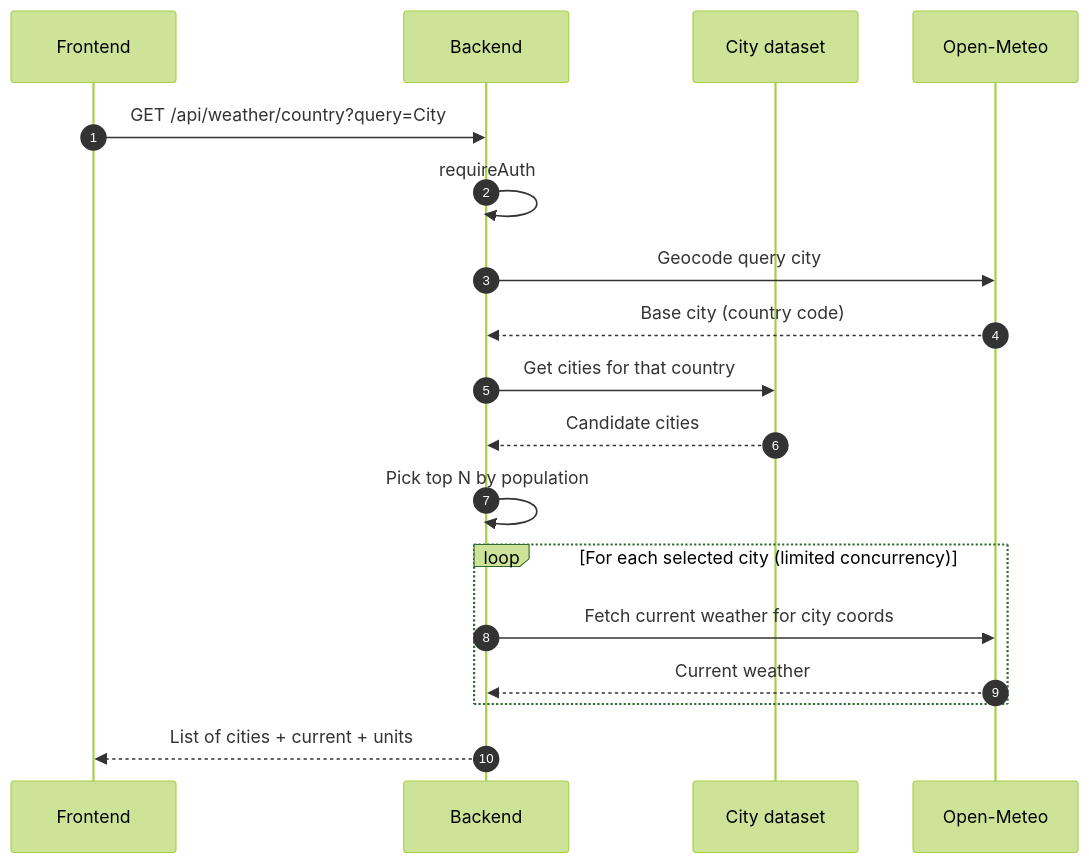
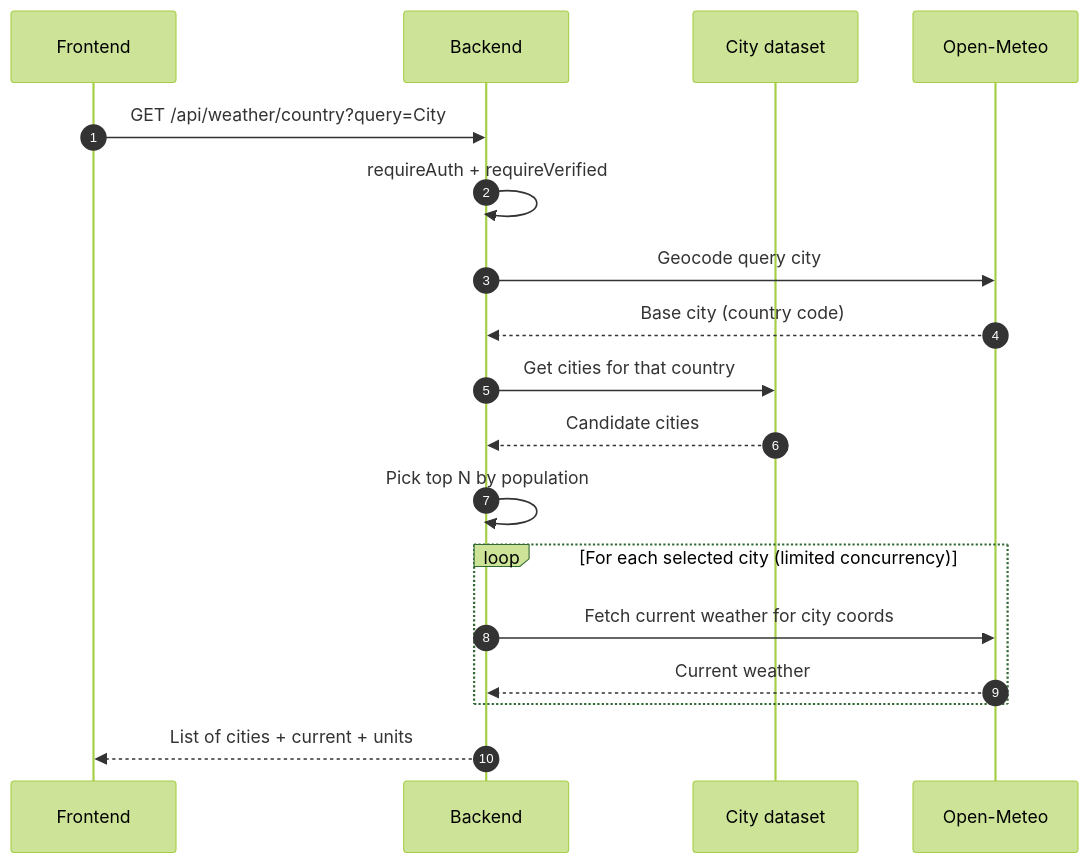
Before and after one commit to AnirudhCS-SASTRA2020/MERN-Weather-Application: the eighth of 9 diagrams in docs/FLOWS_AND_DIAGRAMS.md, drawn with Mermaid (forest theme). The commit also changed other lines of this file and 38 other files, not shown here.

````diff
--- a/docs/FLOWS_AND_DIAGRAMS.md
+++ b/docs/FLOWS_AND_DIAGRAMS.md
@@ -180,21 +213,21 @@
 ```mermaid
 sequenceDiagram
   autonumber
   participant FE as Frontend
   participant BE as Backend
   participant DS as City dataset
   participant OM as Open-Meteo
 
   FE->>BE: GET /api/weather/country?query=City
-  BE->>BE: requireAuth
+  BE->>BE: requireAuth + requireVerified
   BE->>OM: Geocode query city
   OM-->>BE: Base city (country code)
   BE->>DS: Get cities for that country
   DS-->>BE: Candidate cities
   BE->>BE: Pick top N by population
   loop For each selected city (limited concurrency)
     BE->>OM: Fetch current weather for city coords
     OM-->>BE: Current weather
   end
   BE-->>FE: List of cities + current + units
 ```
````
